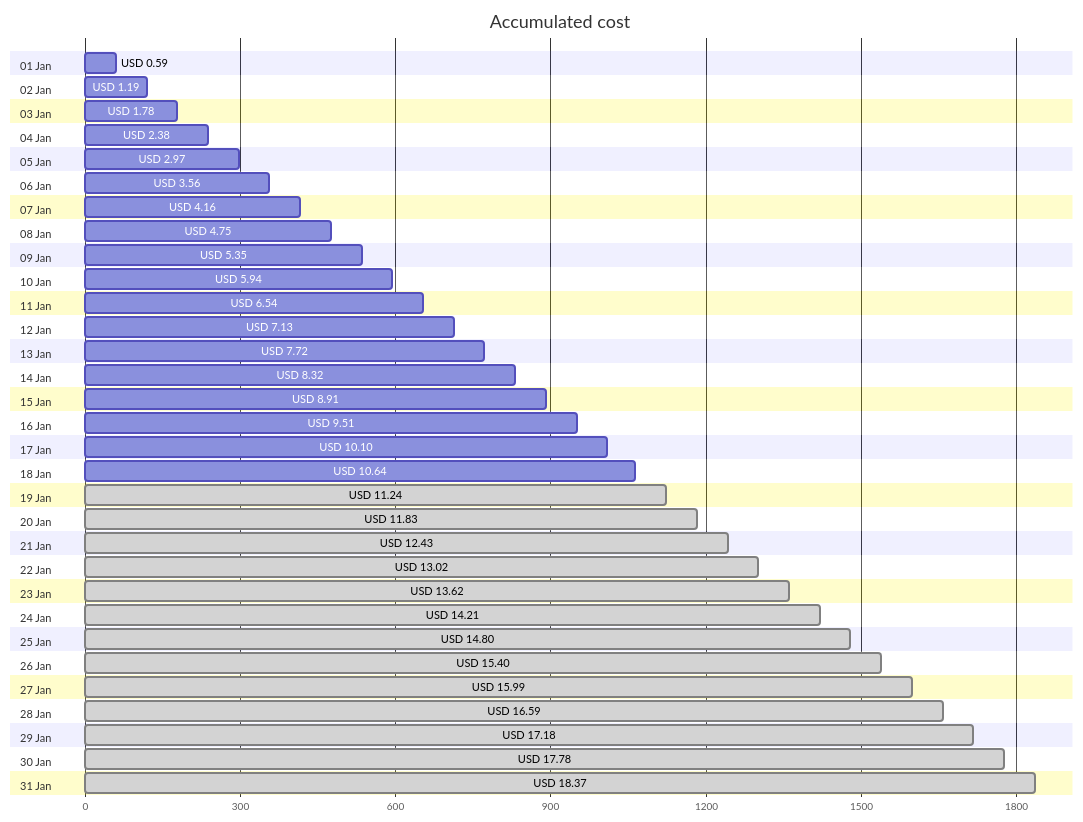
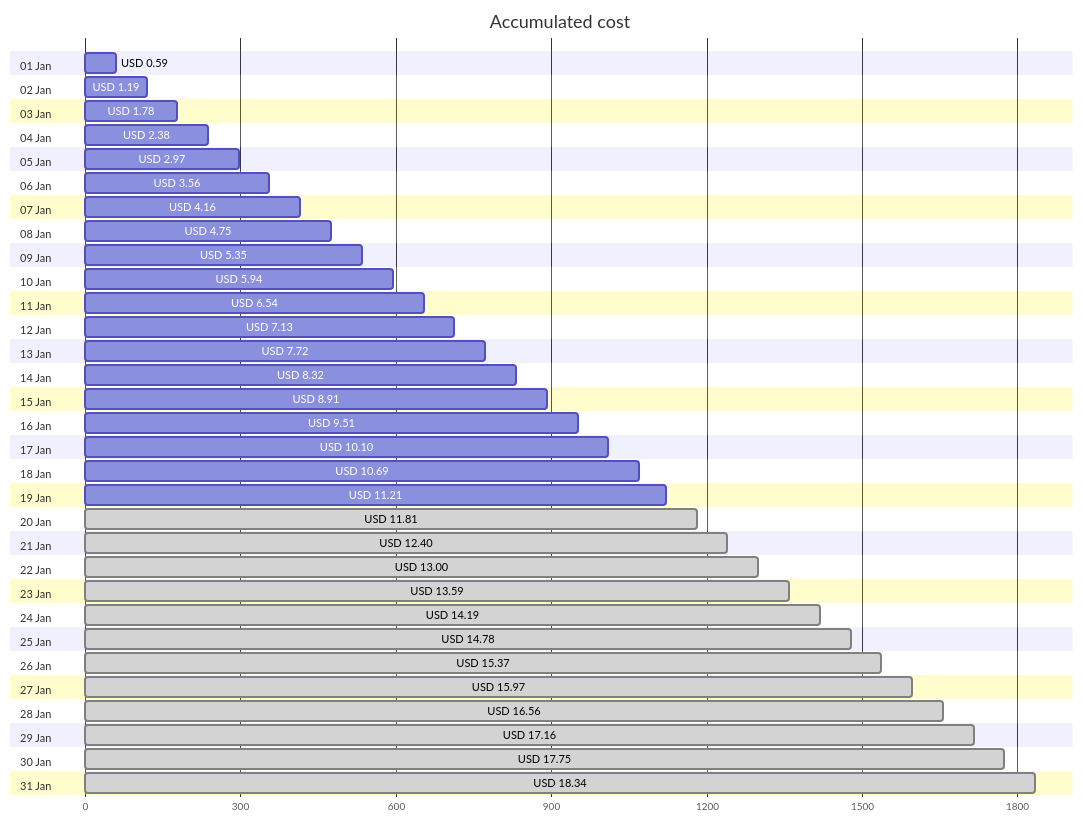
The first of 4 diagrams in cost-reports/personal-site/README.md (jpfulton/azure-personal-reports), drawn with Mermaid before and after one commit. The commit also changed other lines of this file and 7 other files, not shown here.

````diff
--- a/cost-reports/personal-site/README.md
+++ b/cost-reports/personal-site/README.md
@@ -20,68 +20,68 @@
 ```mermaid
 gantt
    title Accumulated cost
    dateFormat  X
    axisFormat %s
    section 01 Jan
    USD 0.59 :0, 59
    section 02 Jan
    USD 1.19 :0, 119
    section 03 Jan
    USD 1.78 :0, 178
    section 04 Jan
    USD 2.38 :0, 238
    section 05 Jan
    USD 2.97 :0, 297
    section 06 Jan
    USD 3.56 :0, 356
    section 07 Jan
    USD 4.16 :0, 416
    section 08 Jan
    USD 4.75 :0, 475
    section 09 Jan
    USD 5.35 :0, 535
    section 10 Jan
    USD 5.94 :0, 594
    section 11 Jan
    USD 6.54 :0, 654
    section 12 Jan
    USD 7.13 :0, 713
    section 13 Jan
    USD 7.72 :0, 772
    section 14 Jan
    USD 8.32 :0, 832
    section 15 Jan
    USD 8.91 :0, 891
    section 16 Jan
    USD 9.51 :0, 951
    section 17 Jan
    USD 10.10 :0, 1010
    section 18 Jan
-   USD 10.64 :0, 1064
+   USD 10.69 :0, 1069
    section 19 Jan
-   USD 11.24 : done, 0, 1124
+   USD 11.21 :0, 1121
    section 20 Jan
-   USD 11.83 : done, 0, 1183
+   USD 11.81 : done, 0, 1181
    section 21 Jan
-   USD 12.43 : done, 0, 1243
+   USD 12.40 : done, 0, 1240
    section 22 Jan
-   USD 13.02 : done, 0, 1302
+   USD 13.00 : done, 0, 1300
    section 23 Jan
-   USD 13.62 : done, 0, 1362
+   USD 13.59 : done, 0, 1359
    section 24 Jan
-   USD 14.21 : done, 0, 1421
+   USD 14.19 : done, 0, 1419
    section 25 Jan
-   USD 14.80 : done, 0, 1480
+   USD 14.78 : done, 0, 1478
    section 26 Jan
-   USD 15.40 : done, 0, 1540
+   USD 15.37 : done, 0, 1537
    section 27 Jan
-   USD 15.99 : done, 0, 1599
+   USD 15.97 : done, 0, 1597
    section 28 Jan
-   USD 16.59 : done, 0, 1659
+   USD 16.56 : done, 0, 1656
    section 29 Jan
-   USD 17.18 : done, 0, 1718
+   USD 17.16 : done, 0, 1716
    section 30 Jan
-   USD 17.78 : done, 0, 1778
+   USD 17.75 : done, 0, 1775
    section 31 Jan
-   USD 18.37 : done, 0, 1837
+   USD 18.34 : done, 0, 1834
 ```
````
